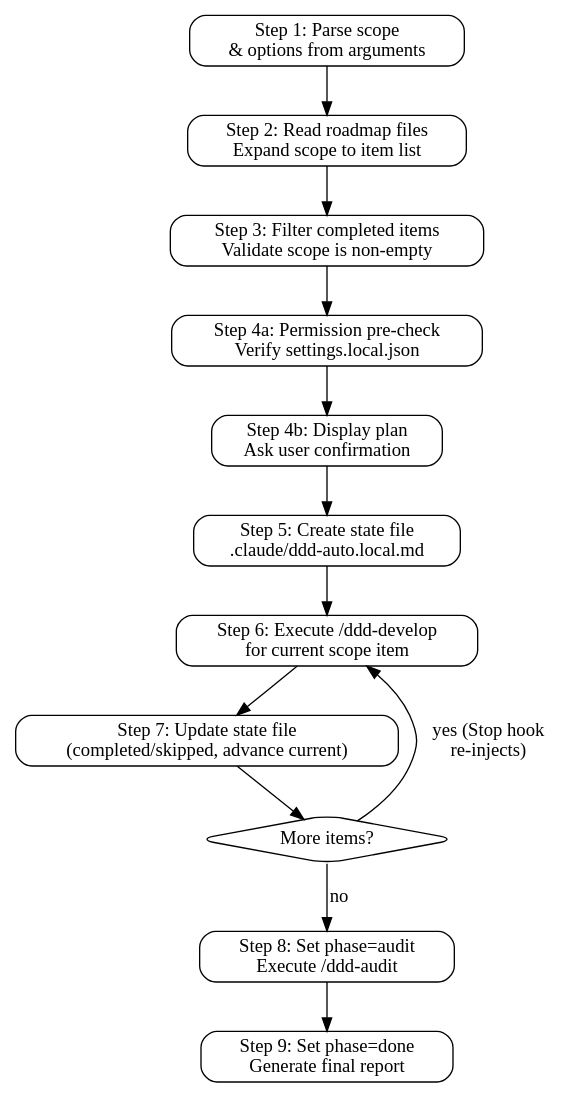
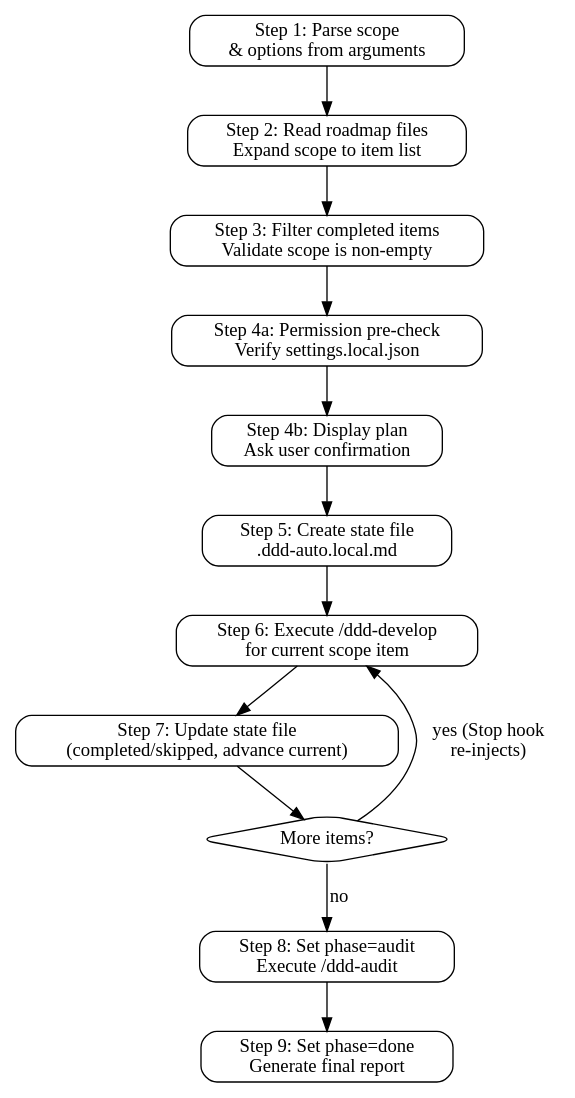
Before and after one commit to litecore-ai/ddd-coding-skills: the diagram in skills/ddd-auto/SKILL.md, drawn with Graphviz. The commit also changed other lines of this file and 3 other files, not shown here.

First line of the commit message:
fix: move ddd-auto state file out of .claude/ to avoid settings protection prompt

````diff
--- a/skills/ddd-auto/SKILL.md
+++ b/skills/ddd-auto/SKILL.md
@@ -35,24 +35,24 @@
 ```dot
 digraph ddd_auto {
   rankdir=TB;
   node [shape=box, style=rounded];
 
   parse [label="Step 1: Parse scope\n& options from arguments"];
   read_roadmap [label="Step 2: Read roadmap files\nExpand scope to item list"];
   validate [label="Step 3: Filter completed items\nValidate scope is non-empty"];
   perm_check [label="Step 4a: Permission pre-check\nVerify settings.local.json"];
   confirm [label="Step 4b: Display plan\nAsk user confirmation"];
-  create_state [label="Step 5: Create state file\n.claude/ddd-auto.local.md"];
+  create_state [label="Step 5: Create state file\n.ddd-auto.local.md"];
   develop [label="Step 6: Execute /ddd-develop\nfor current scope item"];
   update [label="Step 7: Update state file\n(completed/skipped, advance current)"];
   check [label="More items?" shape=diamond];
   audit [label="Step 8: Set phase=audit\nExecute /ddd-audit"];
   report [label="Step 9: Set phase=done\nGenerate final report"];
 
   parse -> read_roadmap -> validate -> perm_check -> confirm -> create_state -> develop;
   develop -> update -> check;
   check -> develop [label="yes (Stop hook\nre-injects)"];
   check -> audit [label="no"];
   audit -> report;
 }
 ```
````
